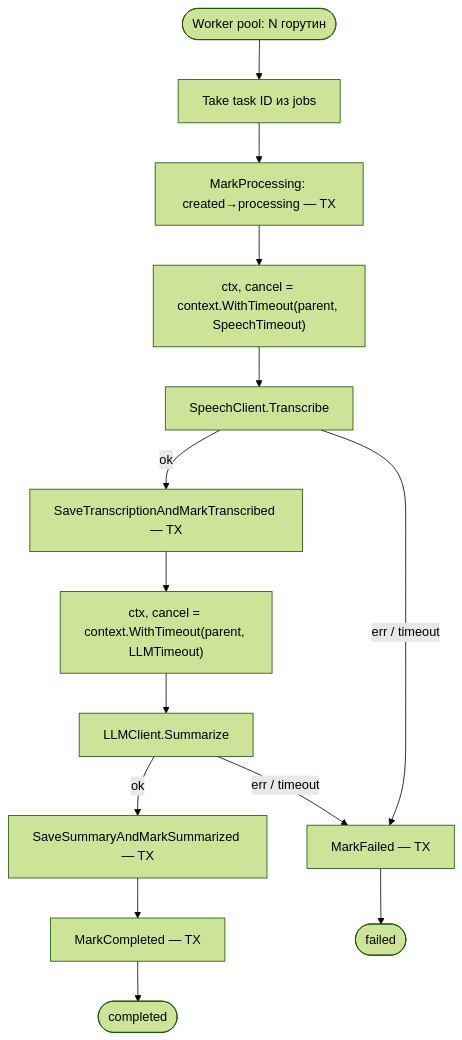
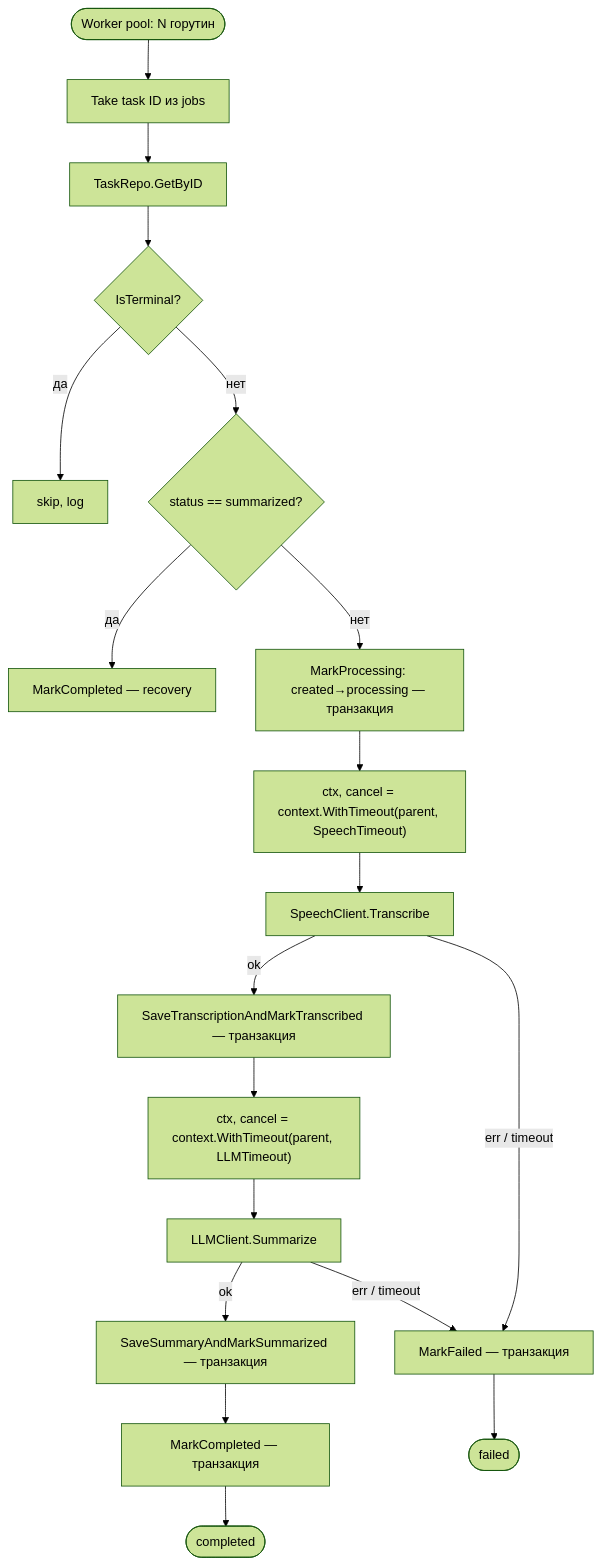
The fourth of 5 diagrams in docs/ARCHITECTURE.md (AlexeyKurlevsky/voice_assistant), drawn with Mermaid (forest theme) before and after one commit. The commit also changed other lines of this file and 18 other files, not shown here.

````diff
--- a/docs/ARCHITECTURE.md
+++ b/docs/ARCHITECTURE.md
@@ -167,16 +168,21 @@
 ```mermaid
 flowchart TD
     Start([Worker pool: N горутин]) --> Take[Take task ID из jobs]
-    Take --> Mark[MarkProcessing: created→processing — TX]
+    Take --> GetTask[TaskRepo.GetByID]
+    GetTask --> Terminal{IsTerminal?}
+    Terminal -->|да| Skip[skip, log]
+    Terminal -->|нет| Recover{status == summarized?}
+    Recover -->|да| FastComplete[MarkCompleted — recovery]
+    Recover -->|нет| Mark[MarkProcessing: created→processing — транзакция]
     Mark --> ST1["ctx, cancel = context.WithTimeout(parent, SpeechTimeout)"]
     ST1 --> Speech[SpeechClient.Transcribe]
-    Speech -->|ok| SaveT[SaveTranscriptionAndMarkTranscribed — TX]
-    Speech -->|err / timeout| Fail[MarkFailed — TX]
+    Speech -->|ok| SaveT[SaveTranscriptionAndMarkTranscribed — транзакция]
+    Speech -->|err / timeout| Fail[MarkFailed — транзакция]
     SaveT --> ST2["ctx, cancel = context.WithTimeout(parent, LLMTimeout)"]
     ST2 --> LLM[LLMClient.Summarize]
-    LLM -->|ok| SaveS[SaveSummaryAndMarkSummarized — TX]
+    LLM -->|ok| SaveS[SaveSummaryAndMarkSummarized — транзакция]
     LLM -->|err / timeout| Fail
-    SaveS --> Final[MarkCompleted — TX]
+    SaveS --> Final[MarkCompleted — транзакция]
     Final --> Done([completed])
     Fail --> DoneF([failed])
 ```
````
